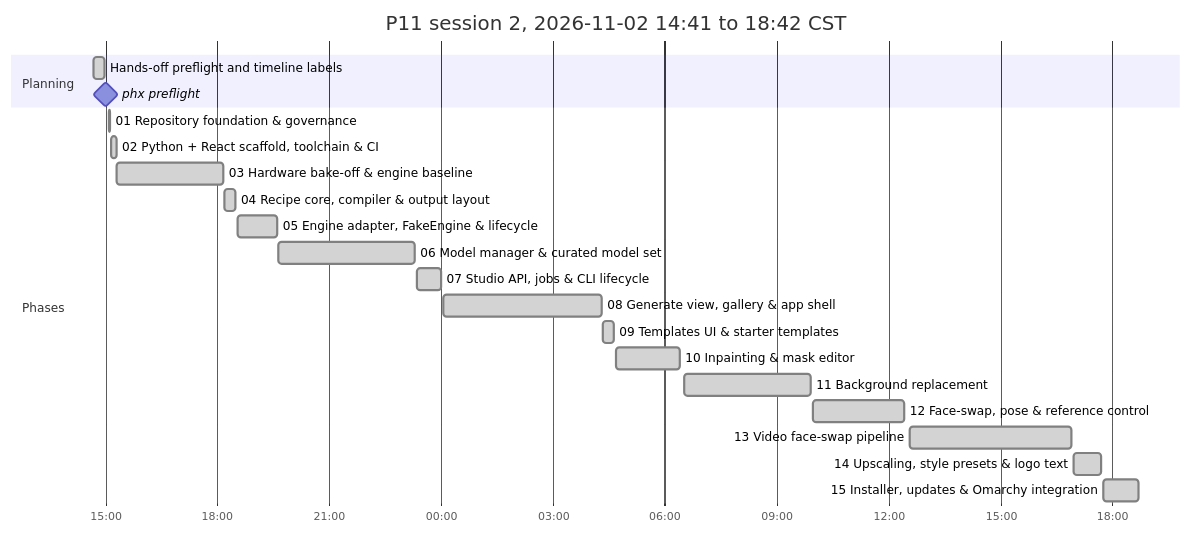
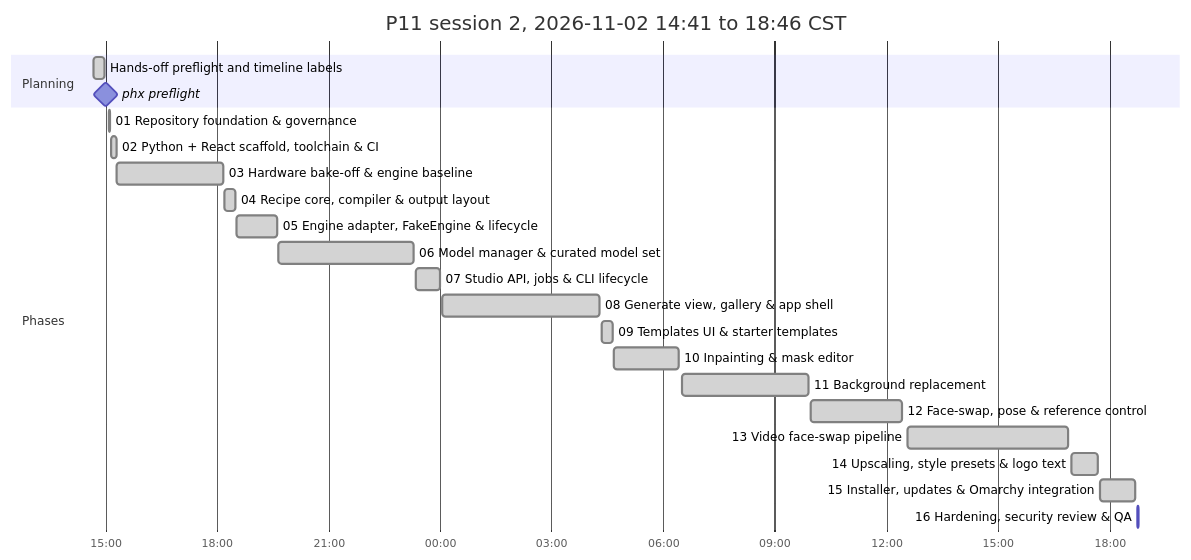
One commit to antonizick/project1111 changed the second of 2 diagrams in P11_IMPLEMENTATION_PLAN.md. Above: the diagram before and after it, drawn with Mermaid. The commit also changed other lines of this file and 1 other file, not shown here.

Commit message:
docs(plan): refresh timeline

````diff
--- a/P11_IMPLEMENTATION_PLAN.md
+++ b/P11_IMPLEMENTATION_PLAN.md
@@ -74,25 +74,26 @@
 ```mermaid
 gantt
-    title P11 session 2, 2026-11-02 14:41 to 18:42 CST
+    title P11 session 2, 2026-11-02 14:41 to 18:46 CST
     dateFormat YYYY-MM-DD HH:mm
     axisFormat %H:%M
     section Planning
     Hands-off preflight and timeline labels :done, plan3, 2026-11-02 14:41, 2026-11-02 14:59
     phx preflight :milestone, pf13ee0d5, 2026-11-02 15:00, 0m
     section Phases
     01 Repository foundation & governance :done, p01s2, 2026-11-02 15:05, 2026-11-02 15:08
     02 Python + React scaffold, toolchain & CI :done, p02s2, 2026-11-02 15:09, 2026-11-02 15:18
     03 Hardware bake-off & engine baseline :done, p03s2, 2026-11-02 15:19, 2026-11-02 18:10
     04 Recipe core, compiler & output layout :done, p04s2, 2026-11-02 18:12, 2026-11-02 18:30
     05 Engine adapter, FakeEngine & lifecycle :done, p05s2, 2026-11-02 18:32, 2026-11-02 19:37
     06 Model manager & curated model set :done, p06s2, 2026-11-02 19:39, 2026-11-02 23:18
     07 Studio API, jobs & CLI lifecycle :done, p07s2, 2026-11-02 23:21, 2026-11-03 00:00
     08 Generate view, gallery & app shell :done, p08s2, 2026-11-03 00:03, 2026-11-03 04:18
     09 Templates UI & starter templates :done, p09s2, 2026-11-03 04:21, 2026-11-03 04:38
     10 Inpainting & mask editor :done, p10s2, 2026-11-03 04:41, 2026-11-03 06:25
     11 Background replacement :done, p11s2, 2026-11-03 06:31, 2026-11-03 09:55
     12 Face-swap, pose & reference control :done, p12s2, 2026-11-03 09:58, 2026-11-03 12:25
     13 Video face-swap pipeline :done, p13s2, 2026-11-03 12:34, 2026-11-03 16:54
     14 Upscaling, style presets & logo text :done, p14s2, 2026-11-03 16:58, 2026-11-03 17:41
     15 Installer, updates & Omarchy integration :done, p15s2, 2026-11-03 17:45, 2026-11-03 18:42
+    16 Hardening, security review & QA :active, p16s2, 2026-11-03 18:46, 2026-11-03 18:47
 ```
````
